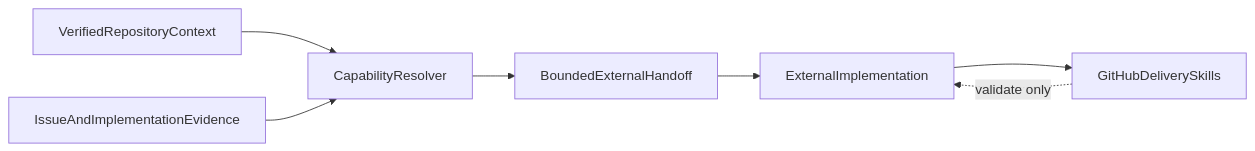
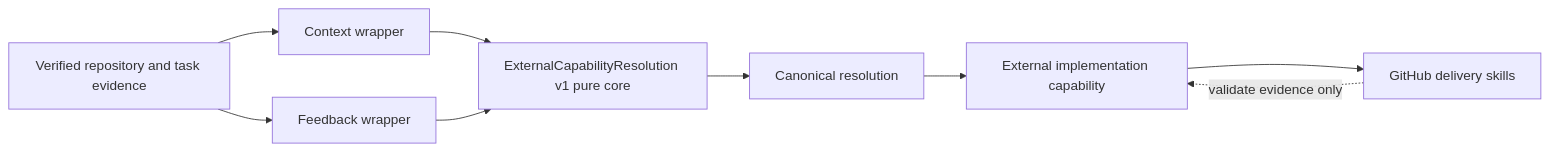
Before and after one commit to Crome696/github-plugin: the diagram in plugin/docs/architecture/external-capabilities.md, drawn with Mermaid. The commit also changed other lines of this file and 31 other files, not shown here.

Commit message:
feat: unify external capability resolution firewall

````diff
--- a/plugin/docs/architecture/external-capabilities.md
+++ b/plugin/docs/architecture/external-capabilities.md
@@ -15,16 +15,19 @@
-```mermaid
+~~~mermaid
 flowchart LR
-  repository[VerifiedRepositoryContext]
-  task[IssueAndImplementationEvidence]
-  resolver[CapabilityResolver]
-  handoff[BoundedExternalHandoff]
-  implementation[ExternalImplementation]
-  github[GitHubDeliverySkills]
+  repository[Verified repository and task evidence]
+  context[Context wrapper]
+  feedback[Feedback wrapper]
+  core[ExternalCapabilityResolution v1 pure core]
+  result[Canonical resolution]
+  implementation[External implementation capability]
+  delivery[GitHub delivery skills]
 
-  repository --> resolver
-  task --> resolver
-  resolver --> handoff
-  handoff --> implementation
-  implementation --> github
-  github -.->|"validate only"| implementation
-```
+  repository --> context
+  repository --> feedback
+  context --> core
+  feedback --> core
+  core --> result
+  result --> implementation
+  implementation --> delivery
+  delivery -.->|validate evidence only| implementation
+~~~
````
